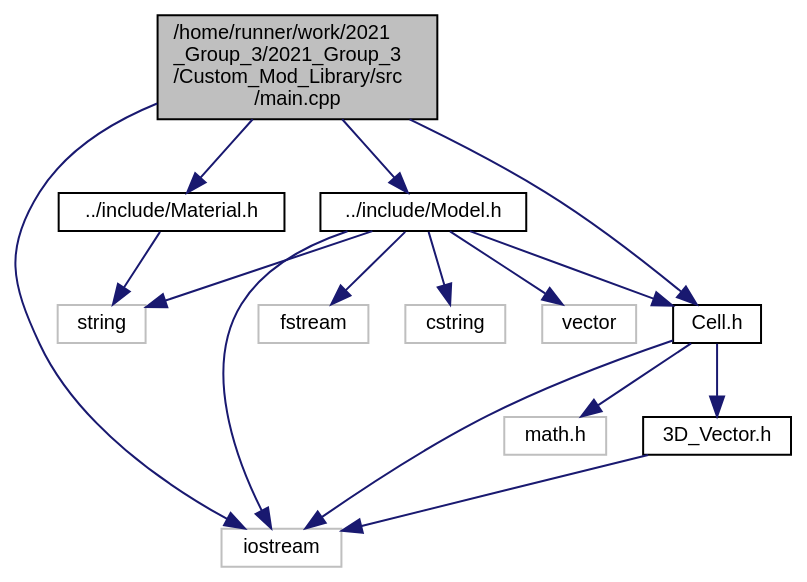
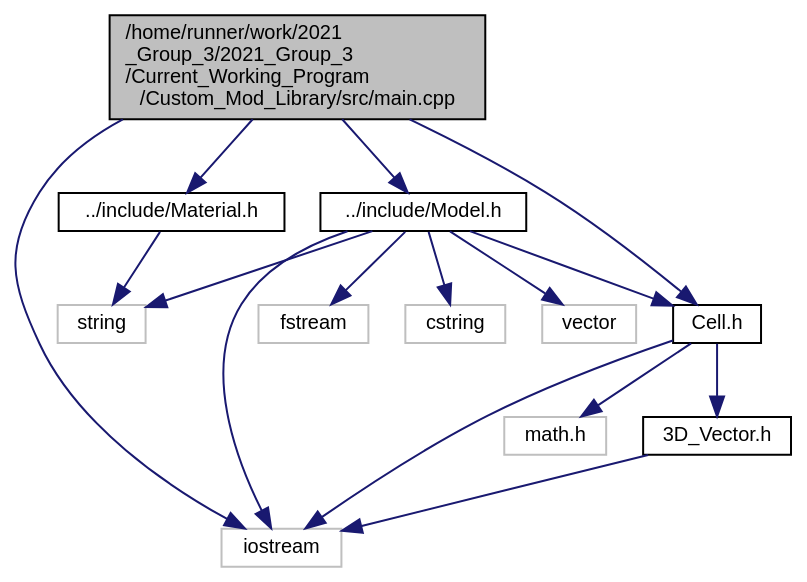
The diagram in _custom___mod___library_2src_2main_8cpp__incl.dot (ejagombar/2021_Group_3), drawn with Graphviz before and after one commit. The commit also changed 69 other files, not shown here.

```diff
--- a/_custom___mod___library_2src_2main_8cpp__incl.dot
+++ b/_custom___mod___library_2src_2main_8cpp__incl.dot
@@ -1,33 +1,33 @@
-digraph "/home/runner/work/2021_Group_3/2021_Group_3/Custom_Mod_Library/src/main.cpp"
+digraph "/home/runner/work/2021_Group_3/2021_Group_3/Current_Working_Program/Custom_Mod_Library/src/main.cpp"
 {
  // LATEX_PDF_SIZE
   bgcolor="transparent";
   edge [fontname="Helvetica",fontsize="10",labelfontname="Helvetica",labelfontsize="10"];
   node [fontname="Helvetica",fontsize="10",shape=record];
-  Node1 [label="/home/runner/work/2021\l_Group_3/2021_Group_3\l/Custom_Mod_Library/src\l/main.cpp",height=0.2,width=0.4,color="black", fillcolor="grey75", style="filled", fontcolor="black",tooltip=" "];
+  Node1 [label="/home/runner/work/2021\l_Group_3/2021_Group_3\l/Current_Working_Program\l/Custom_Mod_Library/src/main.cpp",height=0.2,width=0.4,color="black", fillcolor="grey75", style="filled", fontcolor="black",tooltip=" "];
   Node1 -> Node2 [color="midnightblue",fontsize="10",style="solid",fontname="Helvetica"];
   Node2 [label="iostream",height=0.2,width=0.4,color="grey75",tooltip=" "];
   Node1 -> Node3 [color="midnightblue",fontsize="10",style="solid",fontname="Helvetica"];
   Node3 [label="../include/Material.h",height=0.2,width=0.4,color="black",URL="$_material_8h.html",tooltip="Class used to store Materials for the Model class."];
   Node3 -> Node4 [color="midnightblue",fontsize="10",style="solid",fontname="Helvetica"];
   Node4 [label="string",height=0.2,width=0.4,color="grey75",tooltip=" "];
   Node1 -> Node5 [color="midnightblue",fontsize="10",style="solid",fontname="Helvetica"];
   Node5 [label="../include/Model.h",height=0.2,width=0.4,color="black",URL="$_model_8h.html",tooltip="Class used to open, save and store .mod files."];
   Node5 -> Node2 [color="midnightblue",fontsize="10",style="solid",fontname="Helvetica"];
   Node5 -> Node6 [color="midnightblue",fontsize="10",style="solid",fontname="Helvetica"];
   Node6 [label="fstream",height=0.2,width=0.4,color="grey75",tooltip=" "];
   Node5 -> Node4 [color="midnightblue",fontsize="10",style="solid",fontname="Helvetica"];
   Node5 -> Node7 [color="midnightblue",fontsize="10",style="solid",fontname="Helvetica"];
   Node7 [label="cstring",height=0.2,width=0.4,color="grey75",tooltip=" "];
   Node5 -> Node8 [color="midnightblue",fontsize="10",style="solid",fontname="Helvetica"];
   Node8 [label="vector",height=0.2,width=0.4,color="grey75",tooltip=" "];
   Node5 -> Node9 [color="midnightblue",fontsize="10",style="solid",fontname="Helvetica"];
-  Node9 [label="Cell.h",height=0.2,width=0.4,color="black",URL="$_cell_8h.html",tooltip="Cell class used to store Cell shapes that make up a model."];
+  Node9 [label="Cell.h",height=0.2,width=0.4,color="black",URL="$_cell_8h.html",tooltip="Class used to store Cell shapes that make up a model."];
   Node9 -> Node2 [color="midnightblue",fontsize="10",style="solid",fontname="Helvetica"];
   Node9 -> Node10 [color="midnightblue",fontsize="10",style="solid",fontname="Helvetica"];
   Node10 [label="math.h",height=0.2,width=0.4,color="grey75",tooltip=" "];
   Node9 -> Node11 [color="midnightblue",fontsize="10",style="solid",fontname="Helvetica"];
   Node11 [label="3D_Vector.h",height=0.2,width=0.4,color="black",URL="$3_d___vector_8h.html",tooltip="Class used to store 3D Vector points for the Model class."];
   Node11 -> Node2 [color="midnightblue",fontsize="10",style="solid",fontname="Helvetica"];
   Node1 -> Node9 [color="midnightblue",fontsize="10",style="solid",fontname="Helvetica"];
 }
```
